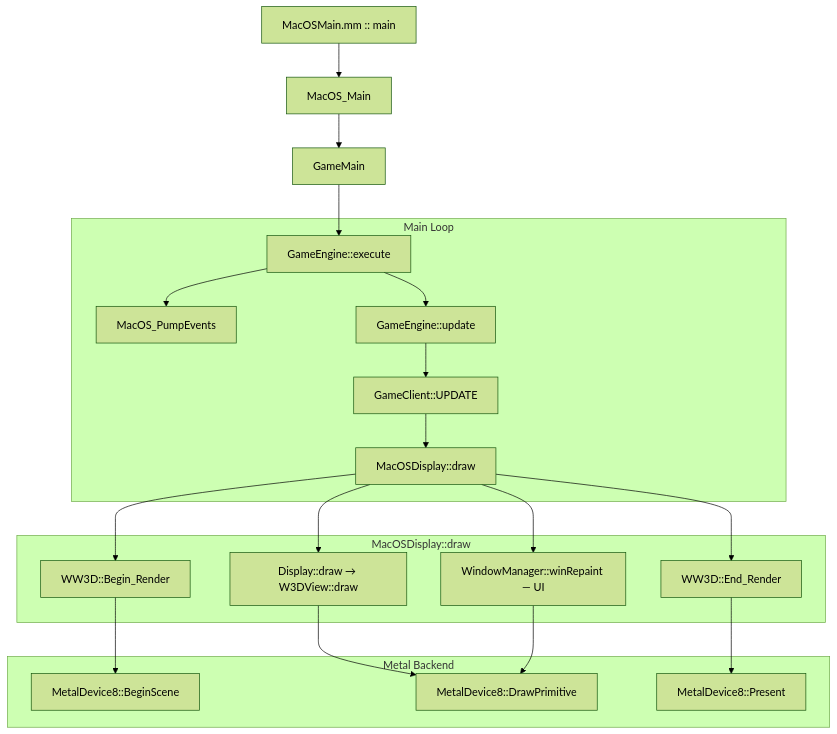
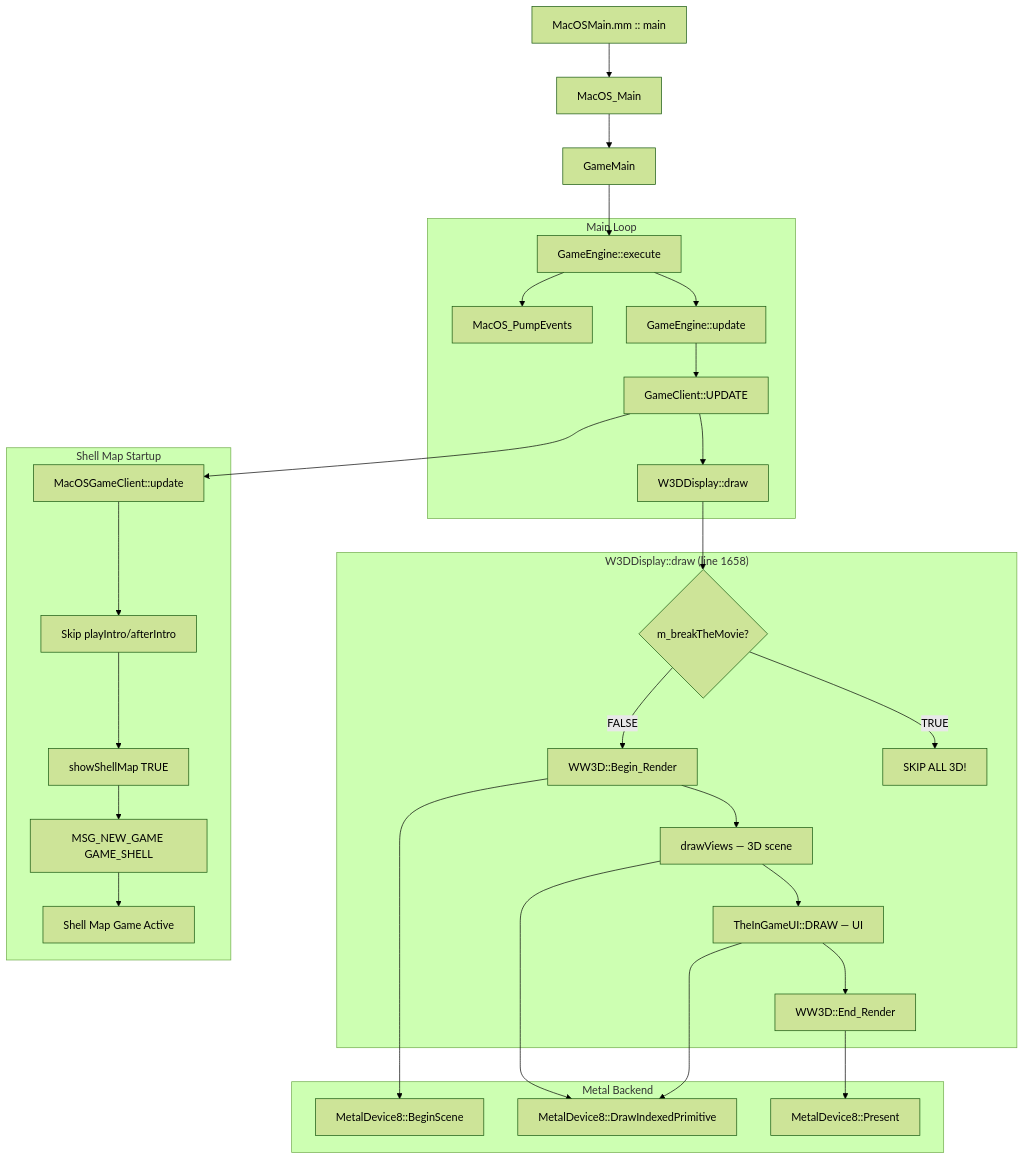
The diagram in Platform/MacOS/docs/RENDERING.md (TheSuperHackers/GeneralsGameCode), drawn with Mermaid (forest theme) before and after one commit. The commit also changed other lines of this file and 19 other files, not shown here.

````diff
--- a/Platform/MacOS/docs/RENDERING.md
+++ b/Platform/MacOS/docs/RENDERING.md
@@ -9,27 +9,37 @@
 ```mermaid
 graph TD
     A[MacOSMain.mm :: main] --> B[MacOS_Main]
     B --> C[GameMain]
     C --> D[GameEngine::execute]
     
     subgraph "Main Loop"
         D --> E[MacOS_PumpEvents]
         D --> F[GameEngine::update]
         F --> G[GameClient::UPDATE]
-        G --> H[MacOSDisplay::draw]
+        G --> H[W3DDisplay::draw]
     end
 
-    subgraph "MacOSDisplay::draw"
-        H --> H1[WW3D::Begin_Render]
-        H --> H2[Display::draw → W3DView::draw]
-        H --> H3[WindowManager::winRepaint — UI]
-        H --> H4[WW3D::End_Render]
+    subgraph "W3DDisplay::draw (line 1658)"
+        H --> H0{m_breakTheMovie?}
+        H0 -->|FALSE| H1[WW3D::Begin_Render]
+        H0 -->|TRUE| SKIP[SKIP ALL 3D!]
+        H1 --> H2[drawViews — 3D scene]
+        H2 --> H3[TheInGameUI::DRAW — UI]
+        H3 --> H4[WW3D::End_Render]
+    end
+
+    subgraph "Shell Map Startup"
+        G --> SM[MacOSGameClient::update]
+        SM --> SM1[Skip playIntro/afterIntro]
+        SM1 --> SM2[showShellMap TRUE]
+        SM2 --> SM3[MSG_NEW_GAME GAME_SHELL]
+        SM3 --> SM4[Shell Map Game Active]
     end
 
     subgraph "Metal Backend"
         H1 --> M1[MetalDevice8::BeginScene]
-        H2 --> M2[MetalDevice8::DrawPrimitive]
+        H2 --> M2[MetalDevice8::DrawIndexedPrimitive]
         H3 --> M2
         H4 --> M3[MetalDevice8::Present]
     end
 ```
````
